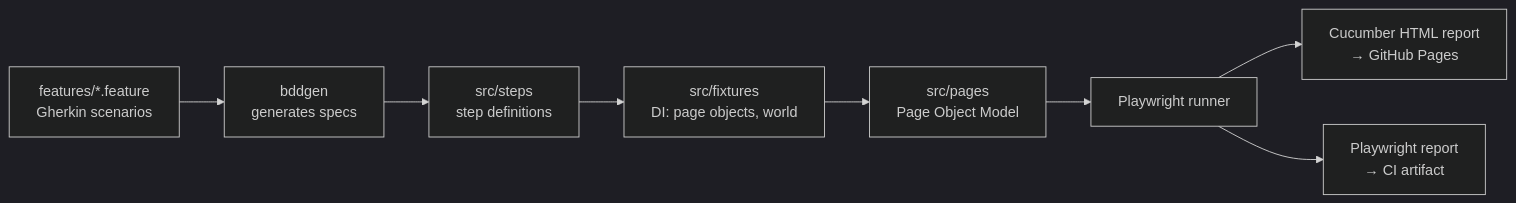
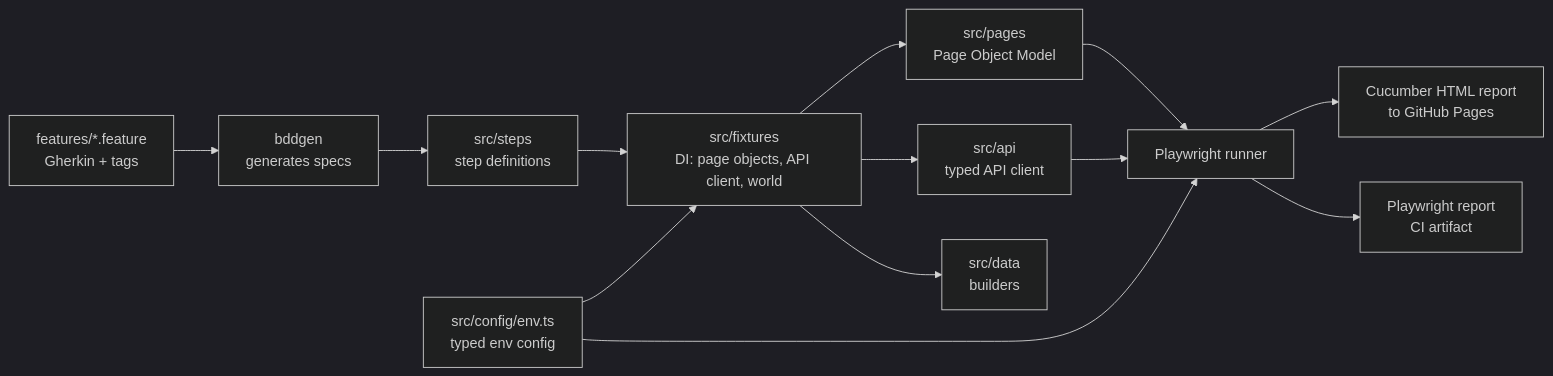
The diagram in README.md (BaranDoganbas/playwright-bdd-demo), drawn with Mermaid (dark theme) before and after one commit. The commit also changed other lines of this file and 1 other file, not shown here.

````diff
--- a/README.md
+++ b/README.md
@@ -18,10 +74,15 @@
 ```mermaid
 flowchart LR
-    F[features/*.feature<br/>Gherkin scenarios] --> G[bddgen<br/>generates specs]
+    F[features/*.feature<br/>Gherkin + tags] --> G[bddgen<br/>generates specs]
     G --> S[src/steps<br/>step definitions]
-    S --> X[src/fixtures<br/>DI: page objects, world]
+    S --> X[src/fixtures<br/>DI: page objects, API client, world]
     X --> P[src/pages<br/>Page Object Model]
+    X --> A[src/api<br/>typed API client]
+    X --> D[src/data<br/>builders]
+    C[src/config/env.ts<br/>typed env config] --> X
+    C --> T
     P --> T[Playwright runner]
-    T --> R1[Cucumber HTML report<br/>→ GitHub Pages]
-    T --> R2[Playwright report<br/>→ CI artifact]
+    A --> T
+    T --> R1[Cucumber HTML report<br/>to GitHub Pages]
+    T --> R2[Playwright report<br/>CI artifact]
 ```
````
